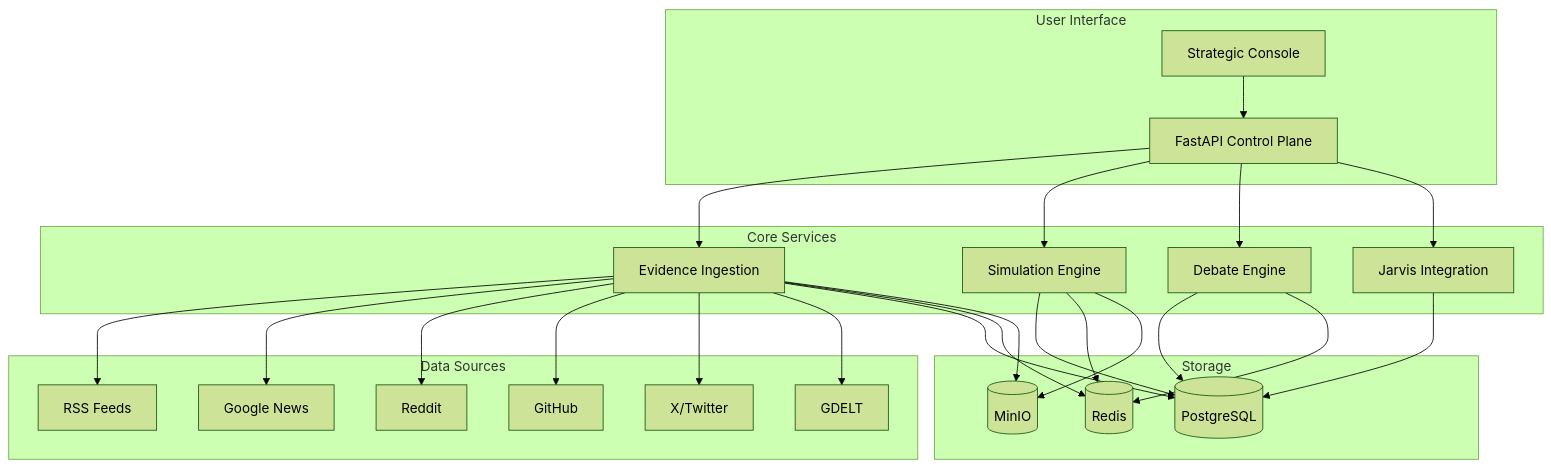
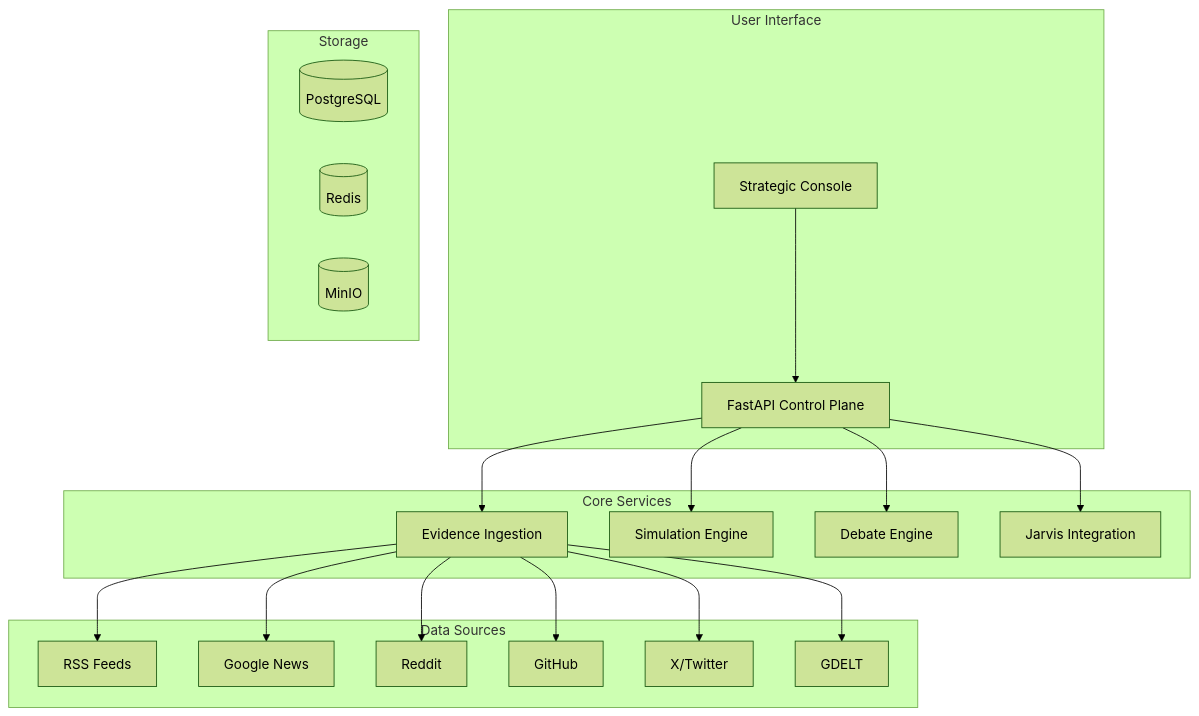
One commit to dashitongzhi/MingJian changed the diagram in README.md. Above: the diagram before and after it, drawn with Mermaid (forest theme). The commit also changed other lines of this file and 5 other files, not shown here.

````diff
--- a/README.md
+++ b/README.md
@@ -259,54 +259,42 @@
 ```mermaid
 graph TB
     subgraph "User Interface"
         Console[Strategic Console]
         API[FastAPI Control Plane]
     end
     
     subgraph "Core Services"
         Evidence[Evidence Ingestion]
         Simulation[Simulation Engine]
         Debate[Debate Engine]
         Jarvis[Jarvis Integration]
     end
     
     subgraph "Data Sources"
         RSS[RSS Feeds]
         News[Google News]
         Reddit[Reddit]
         GitHub[GitHub]
         X[X/Twitter]
         GDELT[GDELT]
     end
     
     subgraph "Storage"
         PostgreSQL[(PostgreSQL)]
         Redis[(Redis)]
         MinIO[(MinIO)]
     end
     
     Console --> API
     API --> Evidence
     API --> Simulation
     API --> Debate
     API --> Jarvis
     
     Evidence --> RSS
     Evidence --> News
     Evidence --> Reddit
     Evidence --> GitHub
     Evidence --> X
     Evidence --> GDELT
-    
-    Evidence --> PostgreSQL
-    Simulation --> PostgreSQL
-    Debate --> PostgreSQL
-    Jarvis --> PostgreSQL
-    
-    Evidence --> Redis
-    Simulation --> Redis
-    Debate --> Redis
-    
-    Evidence --> MinIO
-    Simulation --> MinIO
 ```
````
